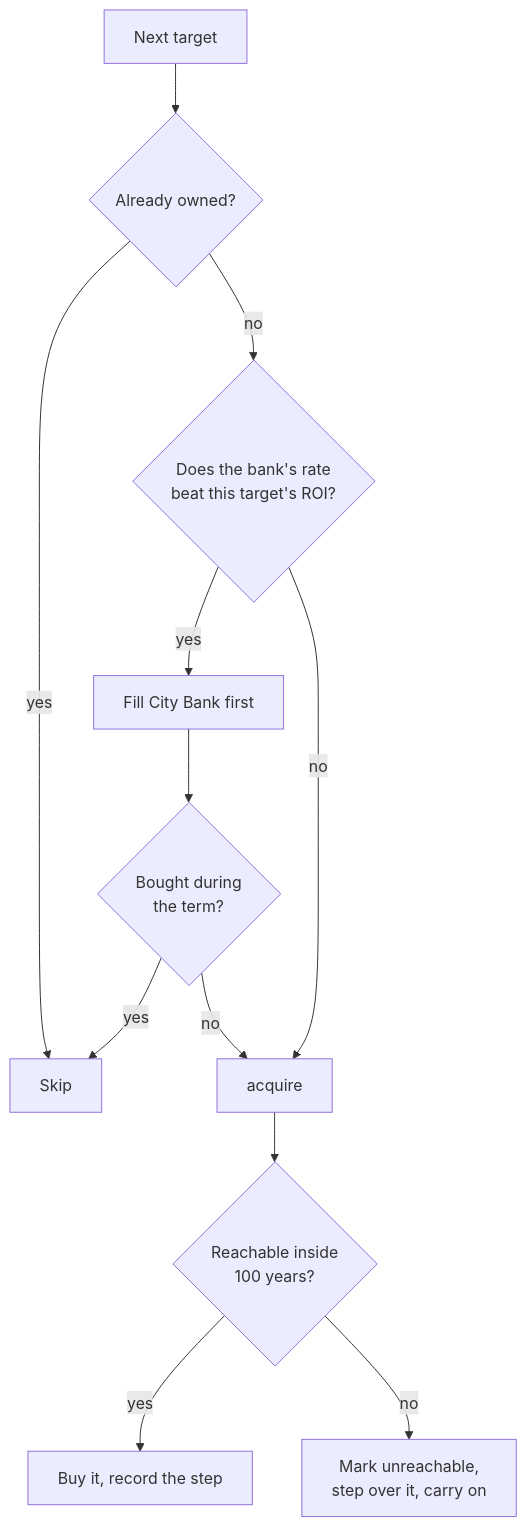
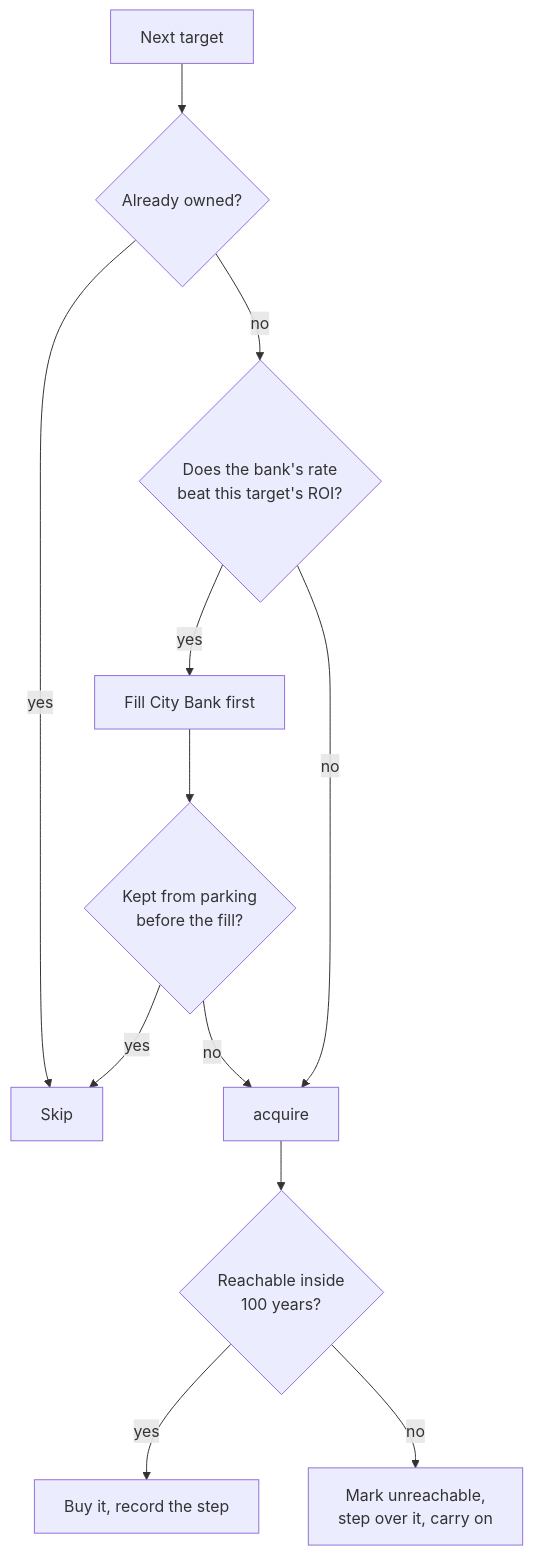
The sixth of 7 diagrams in invLogic.md (autumn-grey/autumn-grey.github.io), drawn with Mermaid before and after one commit. The commit also changed other lines of this file and 12 other files, not shown here.

````diff
--- a/invLogic.md
+++ b/invLogic.md
@@ -858,14 +860,14 @@
 ```mermaid
 flowchart TD
   T[Next target] --> O{Already owned?}
   O -- yes --> N[Skip]
   O -- no --> B{Does the bank's rate<br/>beat this target's ROI?}
   B -- yes --> F[Fill City Bank first]
-  F --> B2{Bought during<br/>the term?}
+  F --> B2{Kept from parking<br/>before the fill?}
   B2 -- yes --> N
   B2 -- no --> A
   B -- no --> A[acquire]
   A --> R{Reachable inside<br/>100 years?}
   R -- yes --> Buy[Buy it, record the step]
   R -- no --> S[Mark unreachable,<br/>step over it, carry on]
 ```
````
